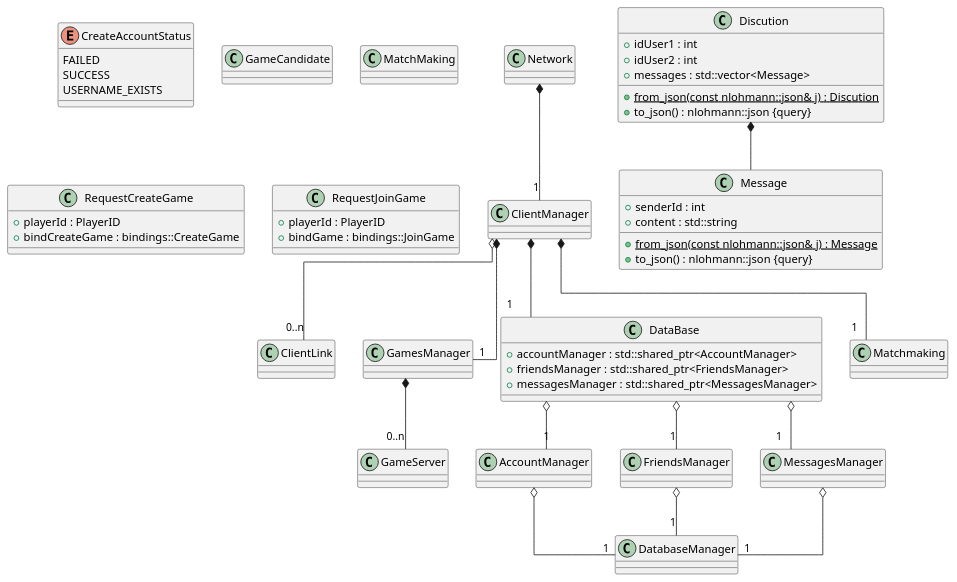
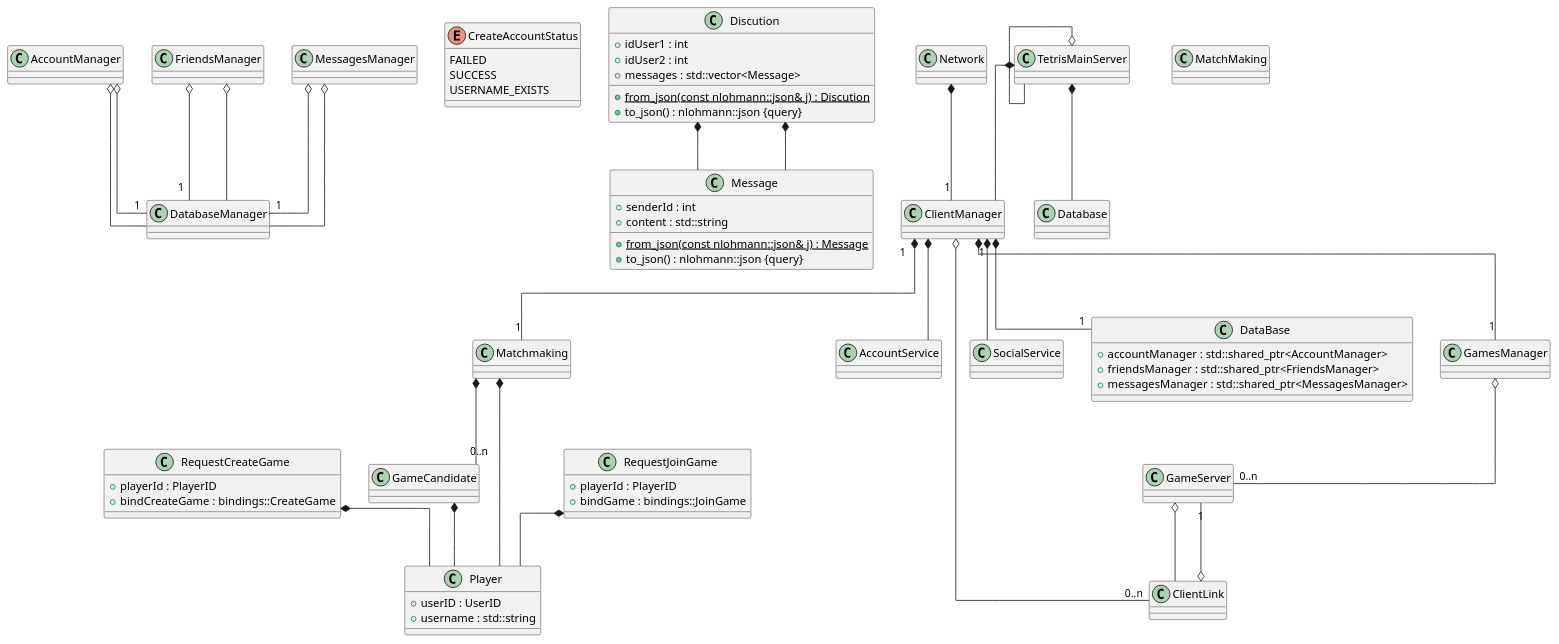
Before and after one commit to ulb-info2-group5/Royal-Blocks: the diagram in doc/uml/class/server/ServerStructureClass.plantuml, drawn with PlantUML. The commit also changed 74 other files, not shown here.

```diff
--- a/doc/uml/class/server/ServerStructureClass.plantuml
+++ b/doc/uml/class/server/ServerStructureClass.plantuml
@@ -1,98 +1,137 @@
 @startuml ServerStructureClass
 
 skinparam linetype ortho
 
 ' !include DatabaseClass.plantuml!0
 ' !include GameServerClass.plantuml!0
 ' !include NetworkClass.plantuml!0
 
 class AccountManager{}
 class DatabaseManager{}
 class FriendsManager{}
 class MessagesManager{}
 enum CreateAccountStatus {
 	FAILED
 	SUCCESS
 	USERNAME_EXISTS
 }
 
 
 class Discution {
 	+{static} from_json(const nlohmann::json& j) : Discution
 	+idUser1 : int
 	+idUser2 : int
 	+to_json() : nlohmann::json {query}
 	+messages : std::vector<Message>
 }
 
 
 class Message {
 	+{static} from_json(const nlohmann::json& j) : Message
 	+senderId : int
 	+to_json() : nlohmann::json {query}
 	+content : std::string
 }
 
 AccountManager o-- "1" DatabaseManager
 
 
 Discution *-- Message
 
 
 FriendsManager o-- "1" DatabaseManager
 
 
 MessagesManager o-- "1" DatabaseManager
 
 class GameServer{}
 
 class ClientLink{}
 
 class ClientManager{}
 
 class GameCandidate{}
 
 class GamesManager{}
 
 class MatchMaking{}
 
 class Network{}
 
+class AccountService{}
+
+class SocialService{}
+
+class TetrisMainServer{}
+
+class Player {
+	+userID : UserID
+	+username : std::string
+}
+
 class RequestCreateGame {
 	+playerId : PlayerID
 	+bindCreateGame : bindings::CreateGame
 }
 
 
 class RequestJoinGame {
 	+playerId : PlayerID
 	+bindGame : bindings::JoinGame
 }
 
 class DataBase {
 	+accountManager : std::shared_ptr<AccountManager>
 	+friendsManager : std::shared_ptr<FriendsManager>
 	+messagesManager : std::shared_ptr<MessagesManager>
 }
 
 
+ClientLink o-- "1" GameServer
+
+ClientManager "1" *-- "1" GamesManager
+
+ClientManager "1" *-- "1" Matchmaking
+
+GameCandidate *-- Player
+
+GameServer o-- ClientLink
+
+
+AccountManager o-- DatabaseManager
+
+Discution *-- Message
+
+FriendsManager o-- DatabaseManager
+
+MessagesManager o-- DatabaseManager
+
+
+GamesManager o--"0..n" GameServer
+
+
+Matchmaking *-- "0..n" GameCandidate
+
+Matchmaking *-- Player
+
+RequestCreateGame *-- Player
+
+RequestJoinGame *-- Player
+
+
 ClientManager o-- "0..n" ClientLink
-
 
 ClientManager *-- "1" DataBase
 
+ClientManager *-- SocialService
 
-ClientManager *-- "1" GamesManager
-
-
-ClientManager *-- "1" Matchmaking
+ClientManager *-- AccountService
 
 Network *-- "1" ClientManager
 
-DataBase o-- "1" AccountManager
-DataBase o-- "1" FriendsManager
-DataBase o-- "1" MessagesManager
+TetrisMainServer *-- ClientManager
 
-GamesManager *-- "0..n" GameServer
+TetrisMainServer *-- Database
 
+TetrisMainServer o-- TetrisMainServer
 @enduml
```
